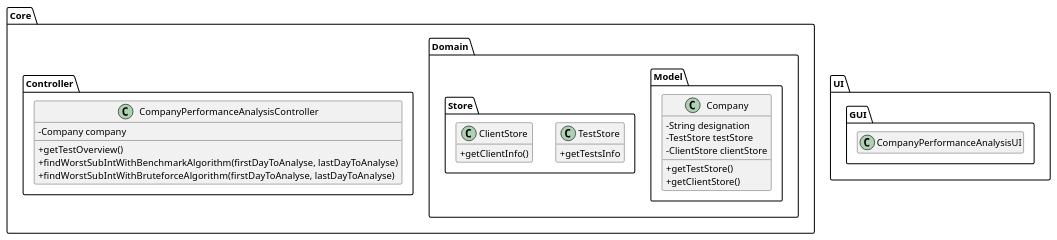
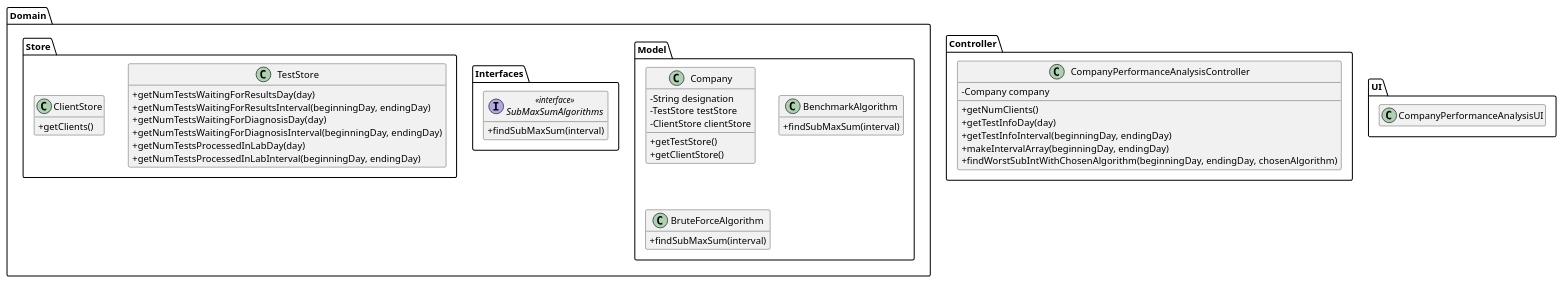
Before and after one commit to ana-albergaria/LAPR2-ISEP: the diagram in docs/SprintD/US_16/US16_PD.puml, drawn with PlantUML. The commit also changed 11 other files, not shown here.

Commit message:
Updated US16 Diagrams, Updated US16 Documentation and Continued US16 Code.

```diff
--- a/docs/SprintD/US_16/US16_PD.puml
+++ b/docs/SprintD/US_16/US16_PD.puml
@@ -1,61 +1,77 @@
 @startuml
+'skinparam linetype ortho
 hide empty methods
 hide empty attributes
 'left to right direction
 skinparam classAttributeIconSize 0
-
-package Core {
 
 package Domain {
 
 package Model{
 
 class Company {
     -String designation
     -TestStore testStore
     -ClientStore clientStore
     +getTestStore()
     +getClientStore()
 }
 
+class BenchmarkAlgorithm{
+    +findSubMaxSum(interval)
+}
+
+class BruteForceAlgorithm{
+    +findSubMaxSum(interval)
+}
+
+}
+
+package Interfaces {
+
+interface SubMaxSumAlgorithms <<interface>> {
+    +findSubMaxSum(interval)
+}
+
 }
 
 package Store {
 
 class TestStore {
-+getTestsInfo
+    +getNumTestsWaitingForResultsDay(day)
+    +getNumTestsWaitingForResultsInterval(beginningDay, endingDay)
+    +getNumTestsWaitingForDiagnosisDay(day)
+    +getNumTestsWaitingForDiagnosisInterval(beginningDay, endingDay)
+    +getNumTestsProcessedInLabDay(day)
+    +getNumTestsProcessedInLabInterval(beginningDay, endingDay)
 }
 
 class ClientStore {
-+getClientInfo()
+    +getClients()
 }
 
 }
 
 }
 
 package Controller {
 
 class CompanyPerformanceAnalysisController{
     -Company company
-    +getTestOverview()
-    +findWorstSubIntWithBenchmarkAlgorithm(firstDayToAnalyse, lastDayToAnalyse)
-    +findWorstSubIntWithBruteforceAlgorithm(firstDayToAnalyse, lastDayToAnalyse)
-}
-
+    +getNumClients()
+    +getTestInfoDay(day)
+    +getTestInfoInterval(beginningDay, endingDay)
+    +makeIntervalArray(beginningDay, endingDay)
+    +findWorstSubIntWithChosenAlgorithm(beginningDay, endingDay, chosenAlgorithm)
 }
 
 }
 
 package UI {
 
-package GUI {
-
 class CompanyPerformanceAnalysisUI{
 }
 
 }
 
-}
-
 @enduml
```
